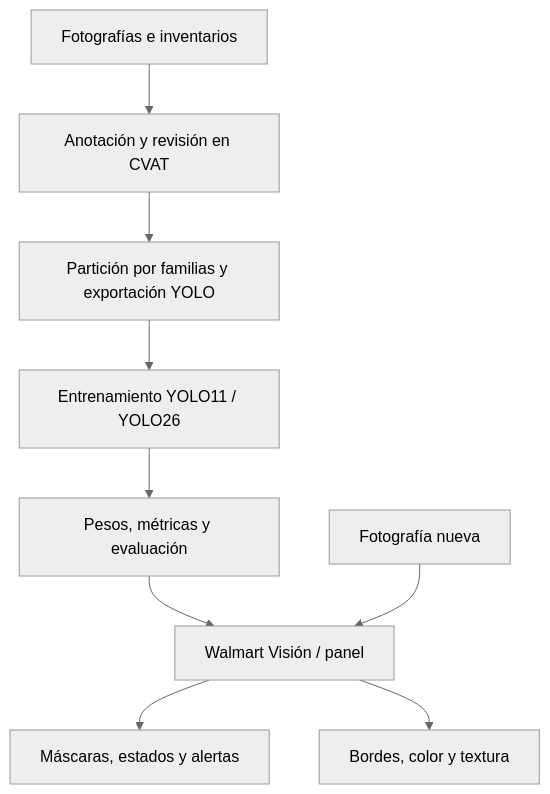
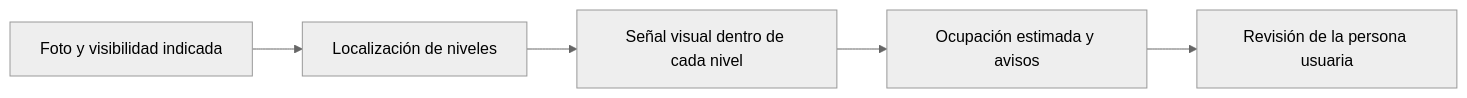
Before and after one commit to vcanio/Capstone2026: the diagram in README.md, drawn with Mermaid (neutral theme). The commit also changed other lines of this file and 27 other files, not shown here.

First line of the commit message:
docs: centrar Walmart Visión en la V3 local y su funcionamiento

````diff
--- a/README.md
+++ b/README.md
@@ -127,11 +24,7 @@
 ```mermaid
-flowchart TB
-    A[Fotografías e inventarios] --> B[Anotación y revisión en CVAT]
-    B --> C[Partición por familias y exportación YOLO]
-    C --> D[Entrenamiento YOLO11 / YOLO26]
-    D --> E[Pesos, métricas y evaluación]
-    E --> F[Walmart Visión / panel]
-    G[Fotografía nueva] --> F
-    F --> H[Máscaras, estados y alertas]
-    F --> I[Bordes, color y textura]
+flowchart LR
+    A[Foto y visibilidad indicada] --> B[Localización de niveles]
+    B --> C[Señal visual dentro de cada nivel]
+    C --> D[Ocupación estimada y avisos]
+    D --> E[Revisión de la persona usuaria]
 ```
````
